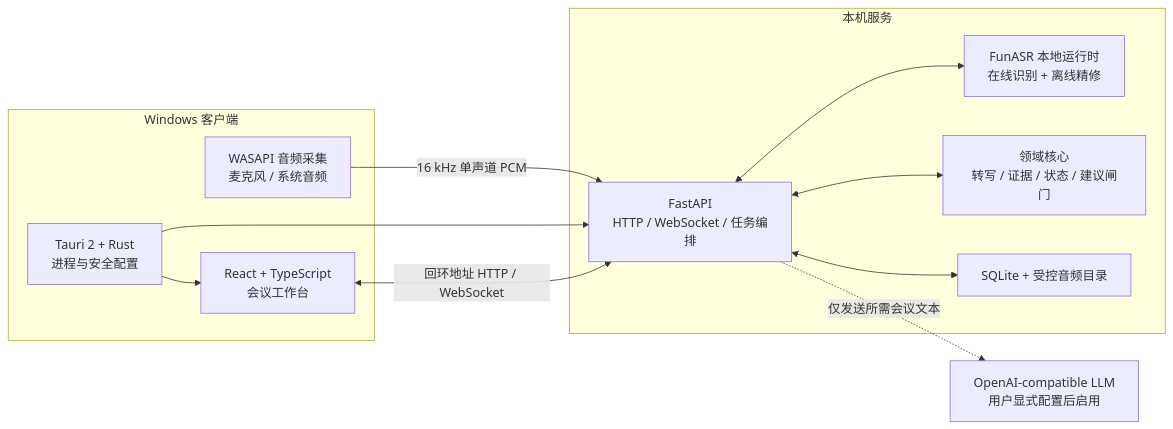
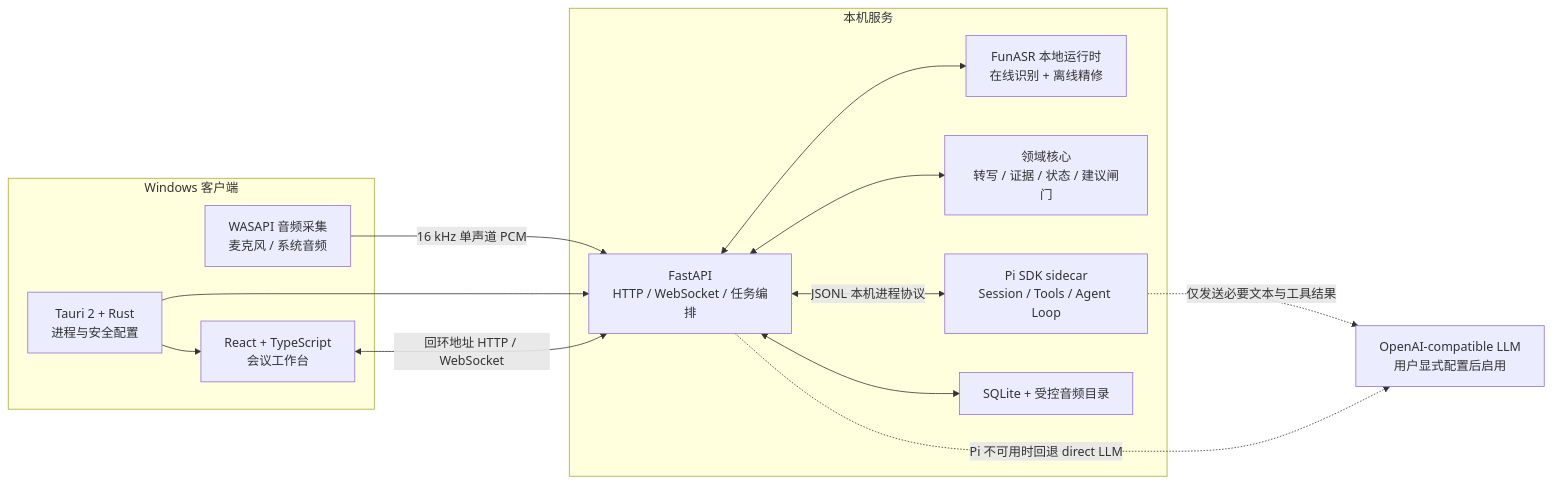
One commit to luguochang/meeting-copilot changed the second of 4 diagrams in README.md. Above: the diagram before and after it, drawn with Mermaid. The commit also changed other lines of this file, not shown here.

Commit message:
docs: explain Pi realtime coach architecture

````diff
--- a/README.md
+++ b/README.md
@@ -13,26 +37,29 @@
 ```mermaid
 flowchart LR
     subgraph Client["Windows 客户端"]
         Audio["WASAPI 音频采集<br/>麦克风 / 系统音频"]
         Tauri["Tauri 2 + Rust<br/>进程与安全配置"]
         UI["React + TypeScript<br/>会议工作台"]
     end
 
     subgraph Local["本机服务"]
         API["FastAPI<br/>HTTP / WebSocket / 任务编排"]
         ASR["FunASR 本地运行时<br/>在线识别 + 离线精修"]
         Core["领域核心<br/>转写 / 证据 / 状态 / 建议闸门"]
+        Pi["Pi SDK sidecar<br/>Session / Tools / Agent Loop"]
         Store["SQLite + 受控音频目录"]
     end
 
     LLM["OpenAI-compatible LLM<br/>用户显式配置后启用"]
 
     Audio -->|"16 kHz 单声道 PCM"| API
     Tauri --> UI
     Tauri --> API
     UI <-->|"回环地址 HTTP / WebSocket"| API
     API <--> ASR
     API <--> Core
     API <--> Store
-    API -. "仅发送所需会议文本" .-> LLM
+    API <-->|"JSONL 本机进程协议"| Pi
+    Pi -. "仅发送必要文本与工具结果" .-> LLM
+    API -. "Pi 不可用时回退 direct LLM" .-> LLM
 ```
````
